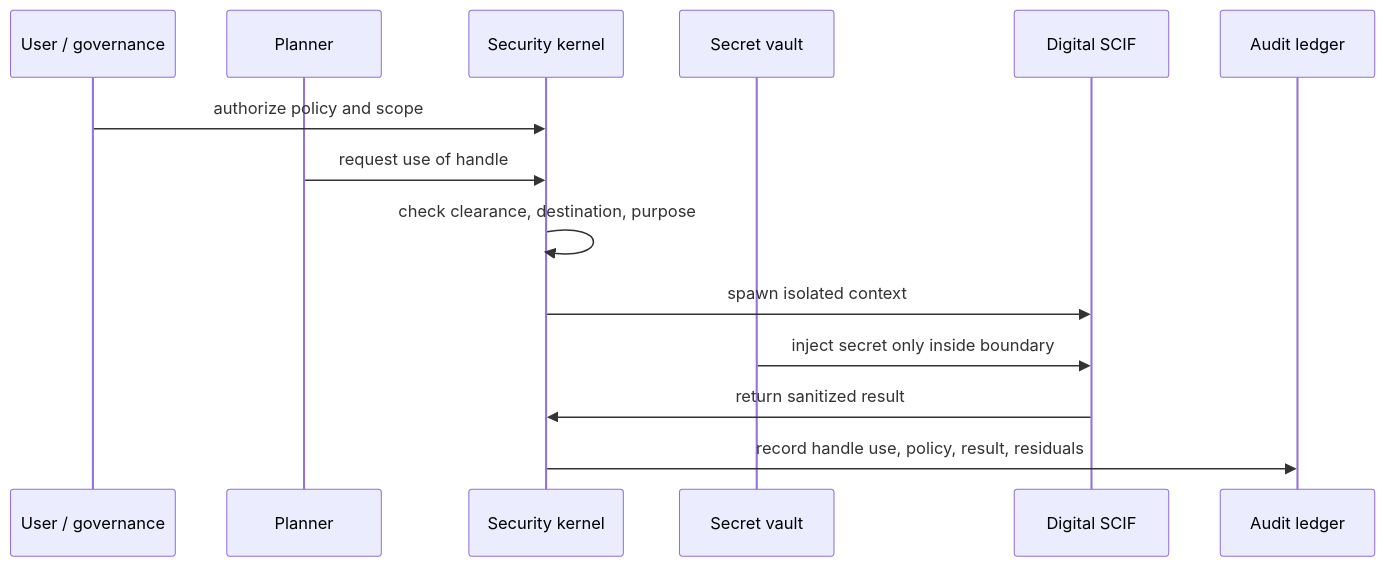
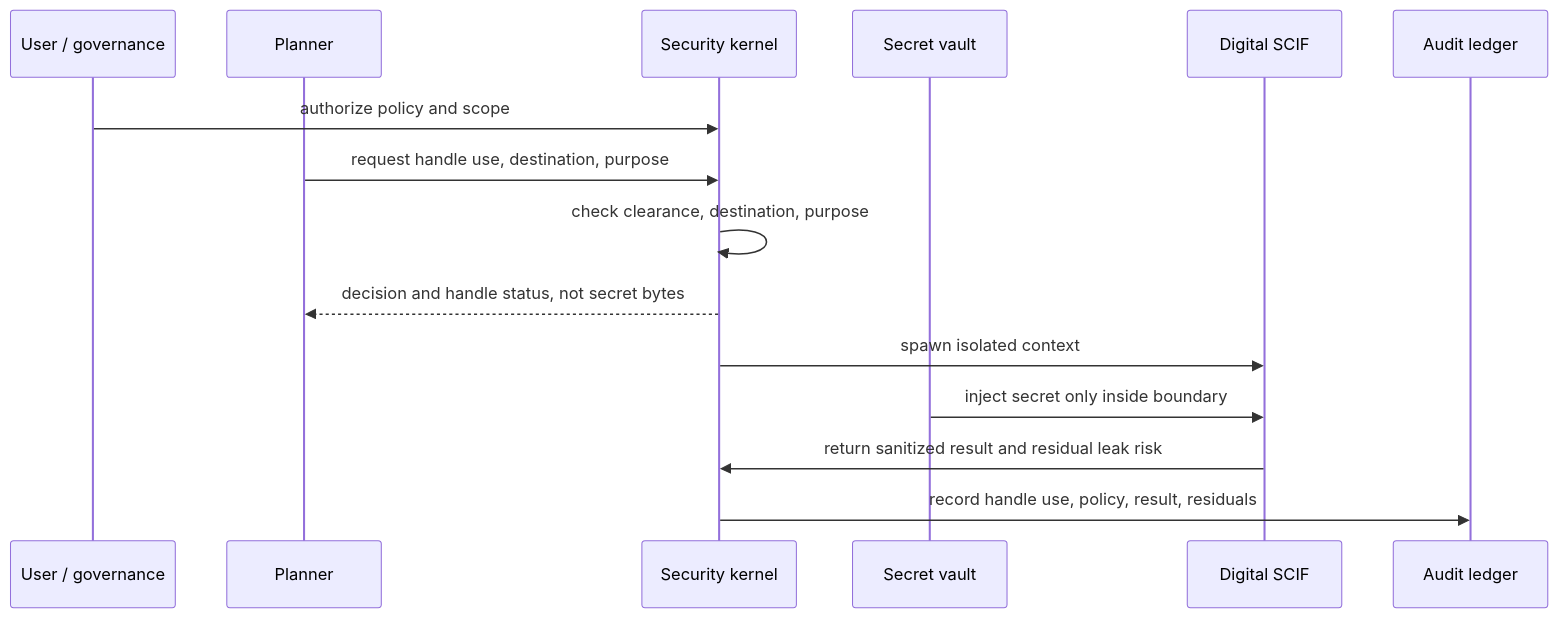
One commit to corbensorenson/asi-stack-book changed the diagram in chapters/security-kernel-and-digital-scifs.qmd. Above: the diagram before and after it, drawn with Mermaid. The commit also changed other lines of this file and 6 other files, not shown here.

````diff
--- a/chapters/security-kernel-and-digital-scifs.qmd
+++ b/chapters/security-kernel-and-digital-scifs.qmd
@@ -82,16 +82,17 @@
 ```{mermaid}
 sequenceDiagram
   participant U as User / governance
   participant P as Planner
   participant K as Security kernel
   participant S as Secret vault
   participant C as Digital SCIF
   participant L as Audit ledger
   U->>K: authorize policy and scope
-  P->>K: request use of handle
+  P->>K: request handle use, destination, purpose
   K->>K: check clearance, destination, purpose
+  K-->>P: decision and handle status, not secret bytes
   K->>C: spawn isolated context
   S->>C: inject secret only inside boundary
-  C->>K: return sanitized result
+  C->>K: return sanitized result and residual leak risk
   K->>L: record handle use, policy, result, residuals
 ```
````
